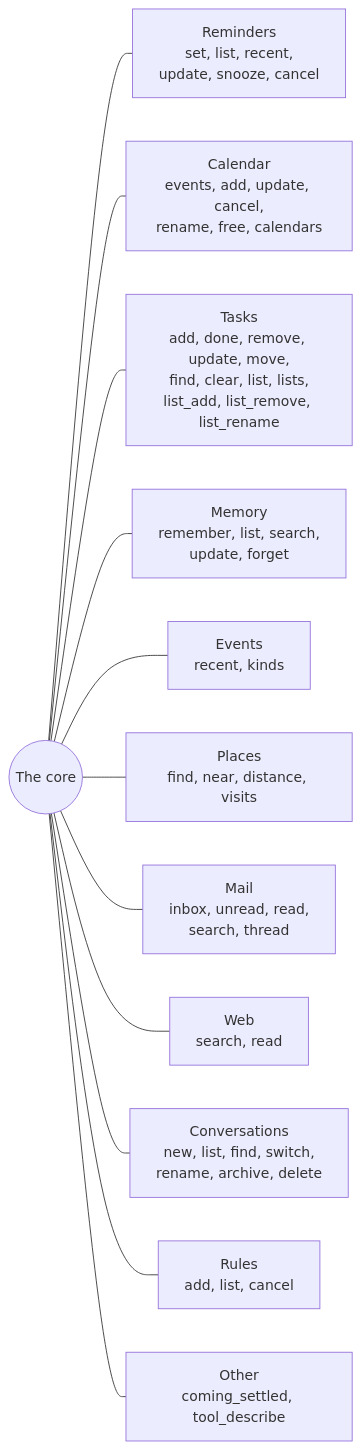
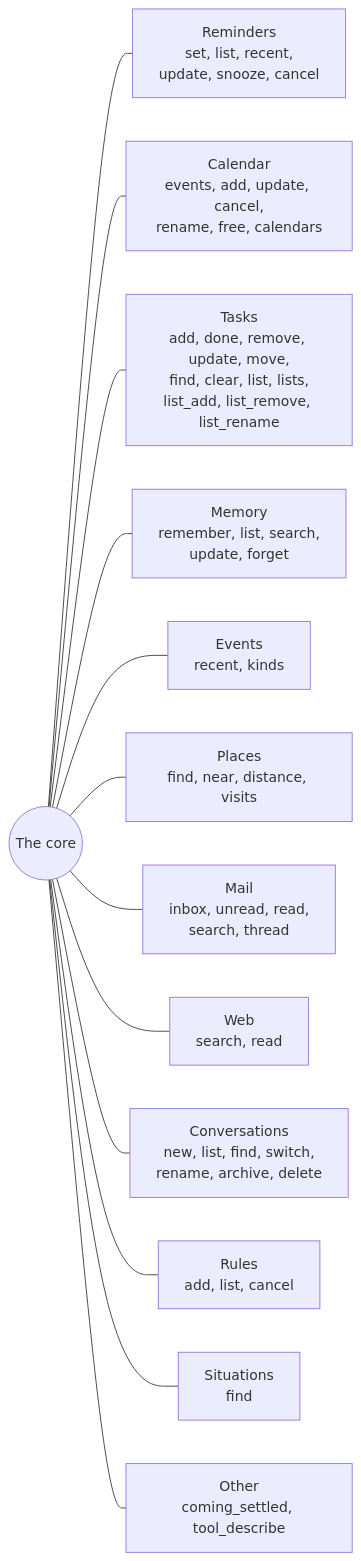
One commit to DhanushRamesh/personal-assistant changed the second of 5 diagrams in FEATURES.md. Above: the diagram before and after it, drawn with Mermaid. The commit also changed other lines of this file and 6 other files, not shown here.

````diff
--- a/FEATURES.md
+++ b/FEATURES.md
@@ -63,16 +63,17 @@
 ```mermaid
 flowchart LR
     CORE(("The core"))
 
     CORE --- REM["Reminders<br/>set, list, recent,<br/>update, snooze, cancel"]
     CORE --- CAL["Calendar<br/>events, add, update, cancel,<br/>rename, free, calendars"]
     CORE --- TASK["Tasks<br/>add, done, remove, update, move,<br/>find, clear, list, lists,<br/>list_add, list_remove, list_rename"]
     CORE --- MEM["Memory<br/>remember, list, search,<br/>update, forget"]
     CORE --- EV["Events<br/>recent, kinds"]
     CORE --- PLACE["Places<br/>find, near, distance, visits"]
     CORE --- MAIL["Mail<br/>inbox, unread, read,<br/>search, thread"]
     CORE --- WEB["Web<br/>search, read"]
     CORE --- CONV["Conversations<br/>new, list, find, switch,<br/>rename, archive, delete"]
     CORE --- RULE["Rules<br/>add, list, cancel"]
+    CORE --- SIT["Situations<br/>find"]
     CORE --- MISC["Other<br/>coming_settled, tool_describe"]
 ```
````
